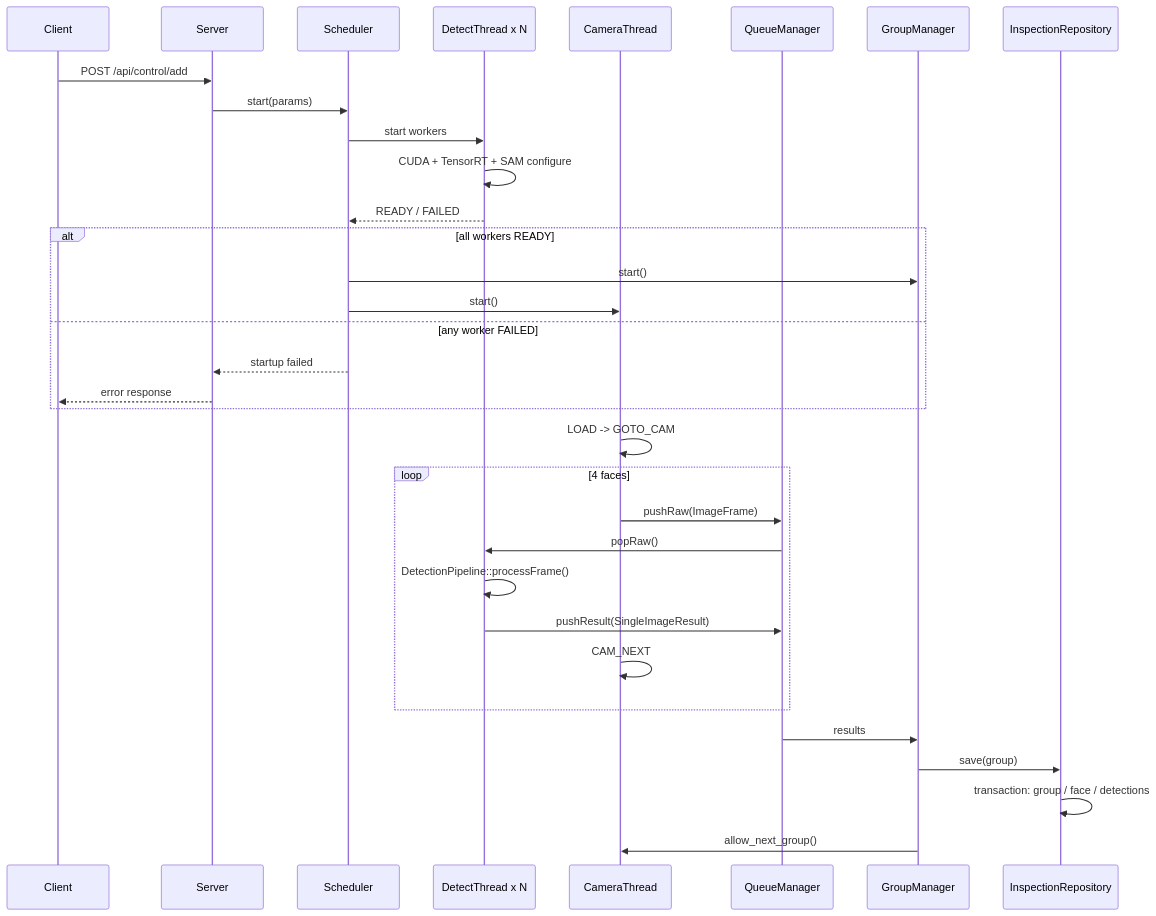
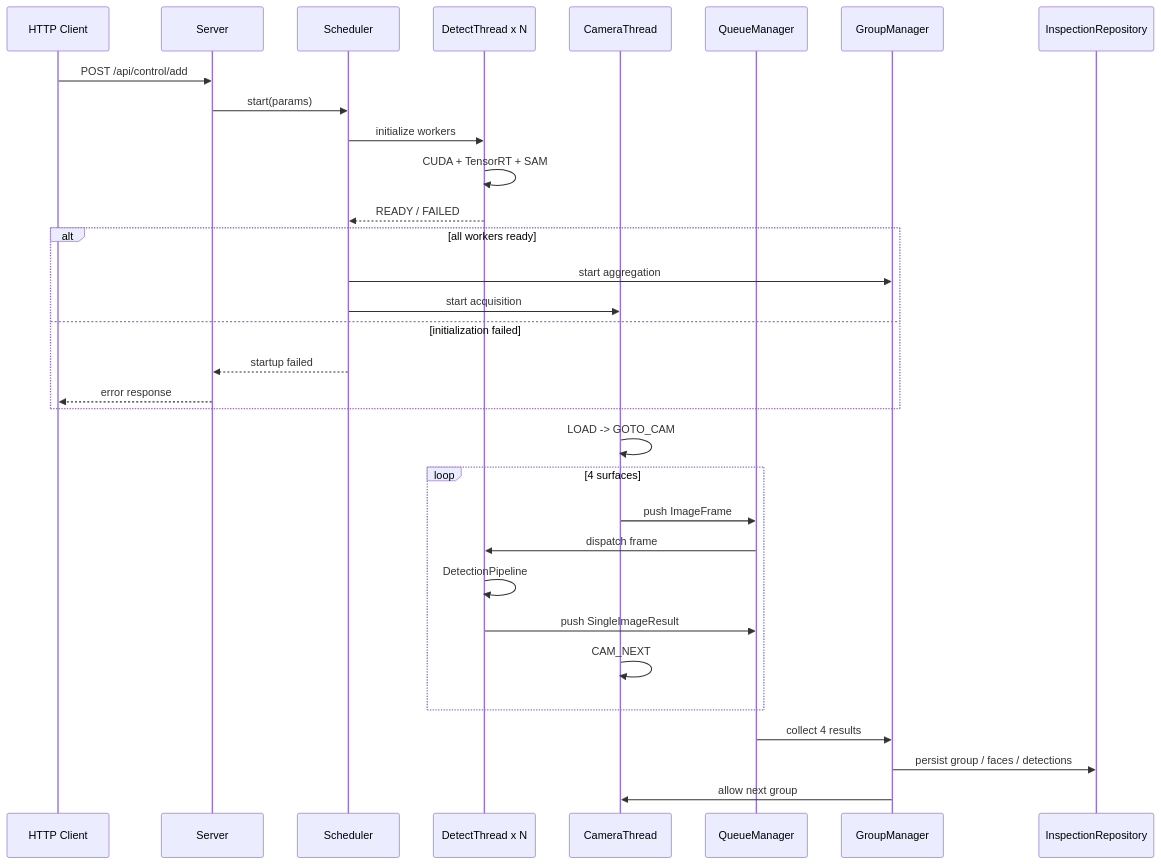
One commit to CoisiniYv/cylinder-detection changed the second of 2 diagrams in README.md. Above: the diagram before and after it, drawn with Mermaid. The commit also changed other lines of this file, not shown here.

````diff
--- a/README.md
+++ b/README.md
@@ -81,38 +90,40 @@
 ```mermaid
 sequenceDiagram
-    participant C as Client
+    participant C as HTTP Client
     participant S as Server
     participant SCH as Scheduler
     participant D as DetectThread x N
     participant CAM as CameraThread
     participant Q as QueueManager
     participant G as GroupManager
-    participant R as InspectionRepository
+    participant DB as InspectionRepository
 
     C->>S: POST /api/control/add
     S->>SCH: start(params)
-    SCH->>D: start workers
-    D->>D: CUDA + TensorRT + SAM configure
+
+    SCH->>D: initialize workers
+    D->>D: CUDA + TensorRT + SAM
     D-->>SCH: READY / FAILED
-    alt all workers READY
-        SCH->>G: start()
-        SCH->>CAM: start()
-    else any worker FAILED
+
+    alt all workers ready
+        SCH->>G: start aggregation
+        SCH->>CAM: start acquisition
+    else initialization failed
         SCH-->>S: startup failed
         S-->>C: error response
     end
 
     CAM->>CAM: LOAD -> GOTO_CAM
-    loop 4 faces
-        CAM->>Q: pushRaw(ImageFrame)
-        Q->>D: popRaw()
-        D->>D: DetectionPipeline::processFrame()
-        D->>Q: pushResult(SingleImageResult)
+
+    loop 4 surfaces
+        CAM->>Q: push ImageFrame
+        Q->>D: dispatch frame
+        D->>D: DetectionPipeline
+        D->>Q: push SingleImageResult
         CAM->>CAM: CAM_NEXT
     end
 
-    Q->>G: results
-    G->>R: save(group)
-    R->>R: transaction: group / face / detections
-    G->>CAM: allow_next_group()
+    Q->>G: collect 4 results
+    G->>DB: persist group / faces / detections
+    G->>CAM: allow next group
 ```
````
